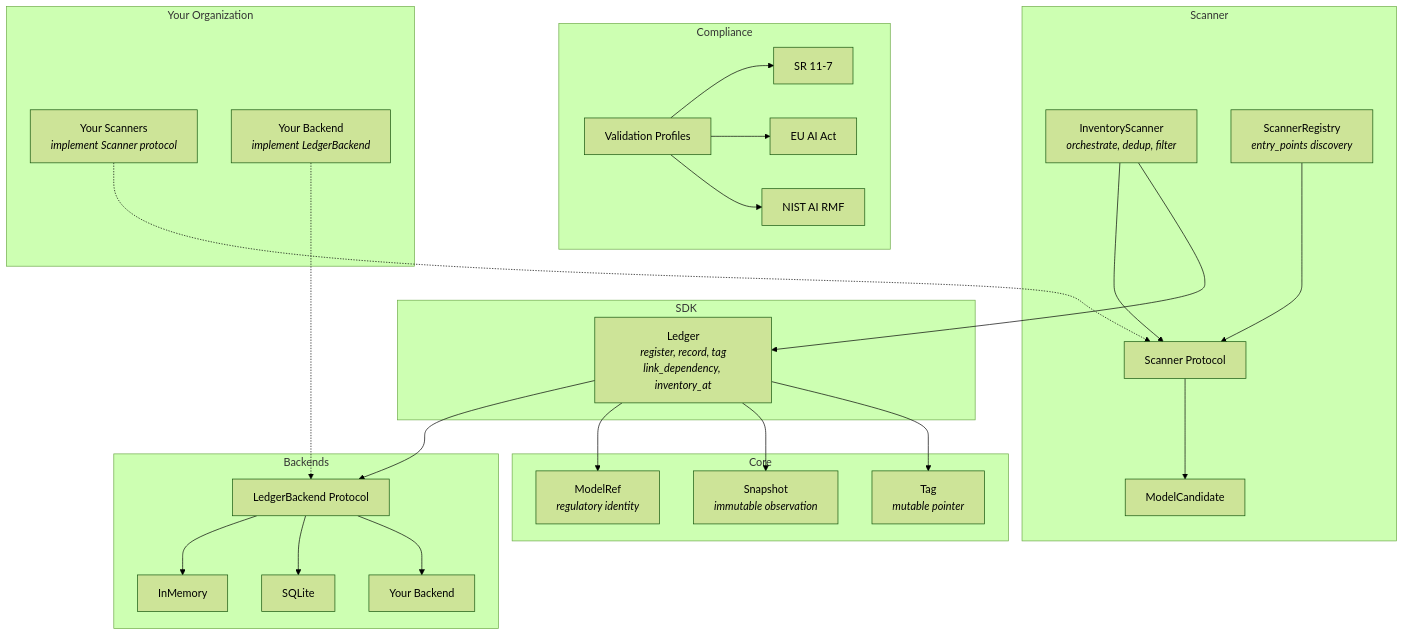
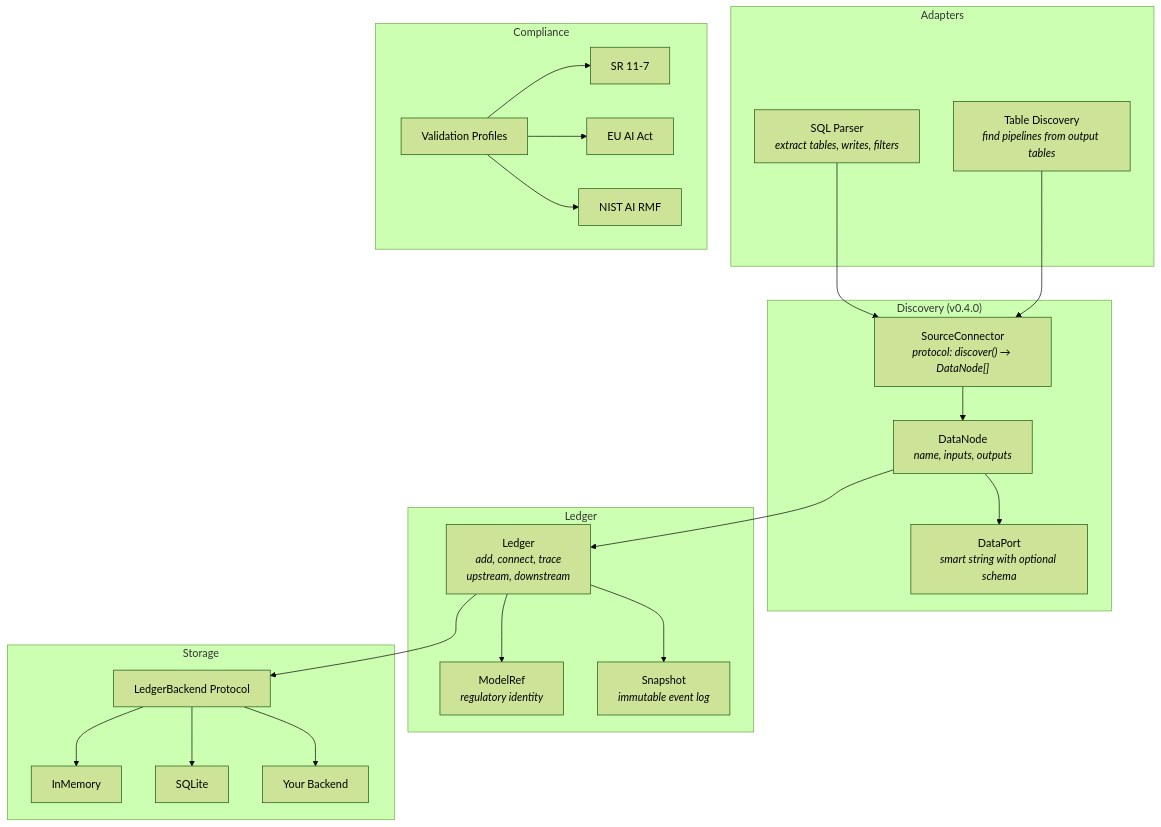
The first of 2 diagrams in README.md (block/model-ledger), drawn with Mermaid (forest theme) before and after one commit. The commit also changed other lines of this file and 16 other files, not shown here.

First line of the commit message:
feat: model-ledger v0.4.0 — DataNode graph architecture (#3)

````diff
--- a/README.md
+++ b/README.md
@@ -67,55 +41,48 @@
 ```mermaid
 graph TB
-    subgraph "Core"
-        MR[ModelRef<br/><i>regulatory identity</i>]
-        SN[Snapshot<br/><i>immutable observation</i>]
-        TG[Tag<br/><i>mutable pointer</i>]
+    subgraph "Discovery (v0.4.0)"
+        DN["DataNode<br/><i>name, inputs, outputs</i>"]
+        DP["DataPort<br/><i>smart string with optional schema</i>"]
+        SC["SourceConnector<br/><i>protocol: discover() → DataNode[]</i>"]
     end
 
-    subgraph "SDK"
-        L[Ledger<br/><i>register, record, tag<br/>link_dependency, inventory_at</i>]
+    subgraph "Ledger"
+        L["Ledger<br/><i>add, connect, trace<br/>upstream, downstream</i>"]
+        MR["ModelRef<br/><i>regulatory identity</i>"]
+        SN["Snapshot<br/><i>immutable event log</i>"]
     end
 
-    subgraph "Scanner"
-        SP[Scanner Protocol]
-        MC[ModelCandidate]
-        IS[InventoryScanner<br/><i>orchestrate, dedup, filter</i>]
-        SR[ScannerRegistry<br/><i>entry_points discovery</i>]
-    end
-
-    subgraph "Backends"
-        BP[LedgerBackend Protocol]
-        IM[InMemory]
-        SQ[SQLite]
-        CU[Your Backend]
+    subgraph "Adapters"
+        SQL["SQL Parser<br/><i>extract tables, writes, filters</i>"]
+        TBL["Table Discovery<br/><i>find pipelines from output tables</i>"]
     end
 
     subgraph "Compliance"
-        VP[Validation Profiles]
-        S1[SR 11-7]
-        EA[EU AI Act]
-        NI[NIST AI RMF]
+        VP["Validation Profiles"]
+        S1["SR 11-7"]
+        EA["EU AI Act"]
+        NI["NIST AI RMF"]
     end
 
-    subgraph "Your Organization"
-        GS[Your Scanners<br/><i>implement Scanner protocol</i>]
-        GB[Your Backend<br/><i>implement LedgerBackend</i>]
+    subgraph "Storage"
+        BP["LedgerBackend Protocol"]
+        IM["InMemory"]
+        SQ["SQLite"]
+        CU["Your Backend"]
     end
 
-    L --> BP
+    SC --> DN
+    DN --> DP
+    DN --> L
     L --> MR
     L --> SN
-    L --> TG
-    IS --> SP
-    IS --> L
-    SP --> MC
-    SR --> SP
+    L --> BP
     BP --> IM
     BP --> SQ
     BP --> CU
-    GS -.-> SP
-    GB -.-> BP
+    SQL --> SC
+    TBL --> SC
     VP --> S1
     VP --> EA
     VP --> NI
 ```
````
